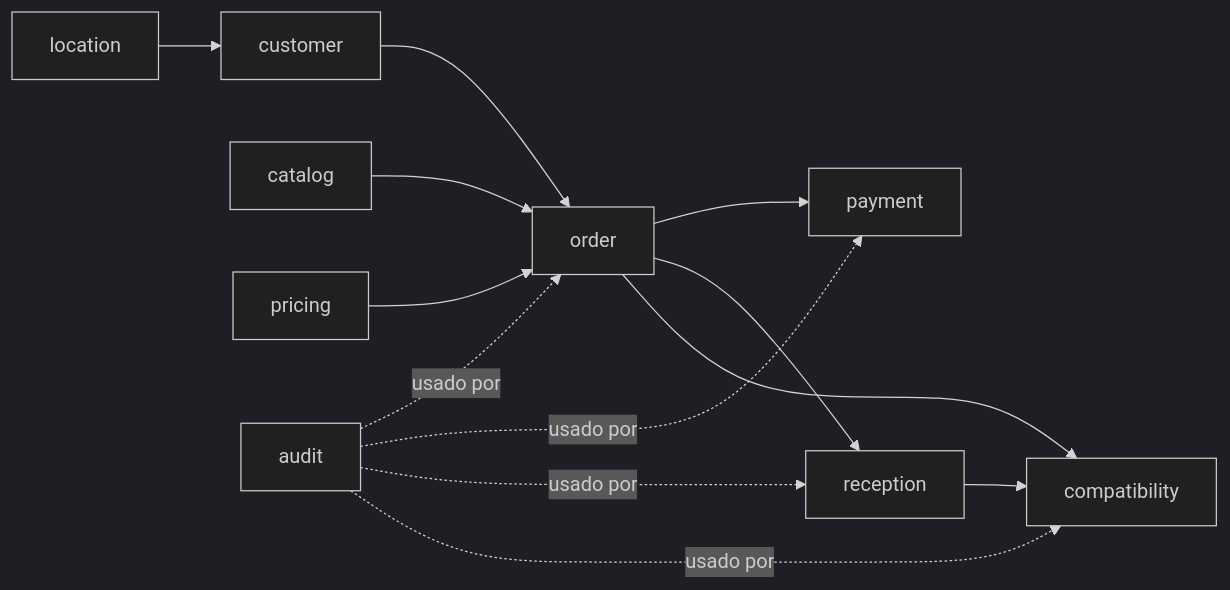
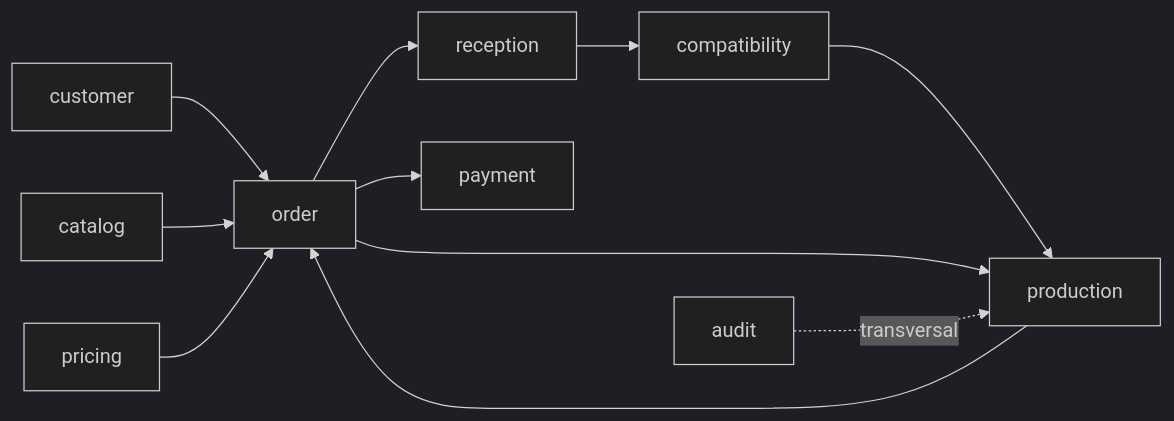
One commit to JerePrograma/fourbubbles changed the second of 2 diagrams in docs/ARCHITECTURE.md. Above: the diagram before and after it, drawn with Mermaid (dark theme). The commit also changed other lines of this file and 21 other files, not shown here.

````diff
--- a/docs/ARCHITECTURE.md
+++ b/docs/ARCHITECTURE.md
@@ -40,15 +40,13 @@
 ```mermaid
 flowchart LR
   customer --> order
-  location --> customer
   catalog --> order
   pricing --> order
-  order --> payment
   order --> reception
   reception --> compatibility
-  order --> compatibility
-  audit -. usado por .-> order
-  audit -. usado por .-> payment
-  audit -. usado por .-> reception
-  audit -. usado por .-> compatibility
+  compatibility --> production
+  order --> production
+  production --> order
+  order --> payment
+  audit -. transversal .-> production
 ```
````
